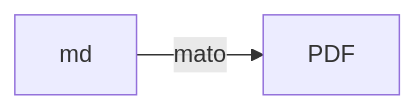
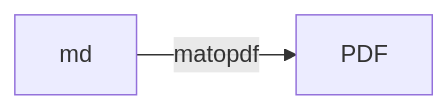
The first of 3 diagrams in README.md (sschober/mato), drawn with Mermaid before and after one commit.

Commit message:
rename matogro to matopdf

````diff
--- a/README.md
+++ b/README.md
@@ -6,4 +6,4 @@
 ```mermaid
 graph LR
-md -- mato --> PDF
+md -- matopdf --> PDF
 ```
````
